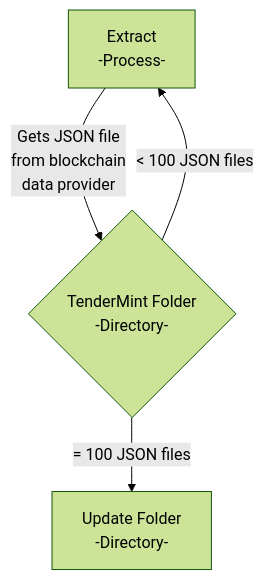
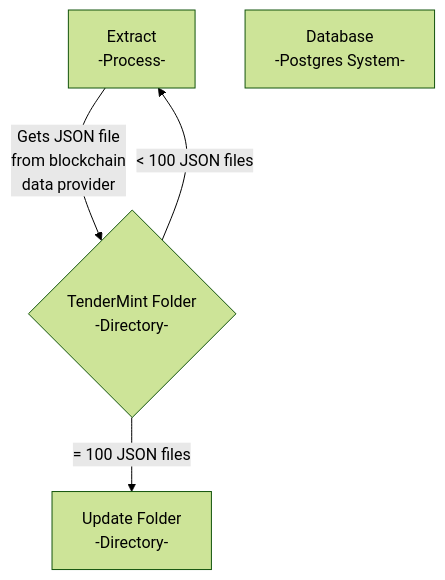
Before and after one commit to patmcfarland/one: the diagram in README.md, drawn with Mermaid (forest theme).

````diff
--- a/README.md
+++ b/README.md
@@ -1,8 +1,9 @@
 ```mermaid
 flowchart TD
 A[Extract<br>-Process-]
 A -- Gets JSON file<br>from blockchain<br>data provider --> B
 B{TenderMint Folder<br>-Directory-}
 B -- = 100 JSON files --> C[Update Folder<br>-Directory-]
 B -- < 100 JSON files --> A
+D[Database<br>-Postgres System-]
 ```
````
